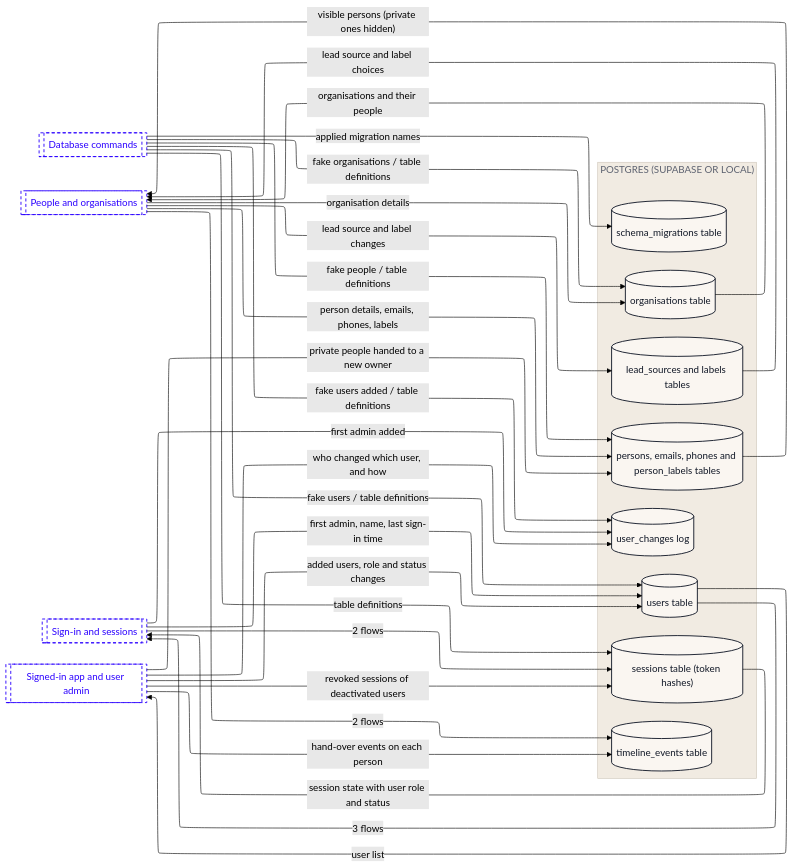
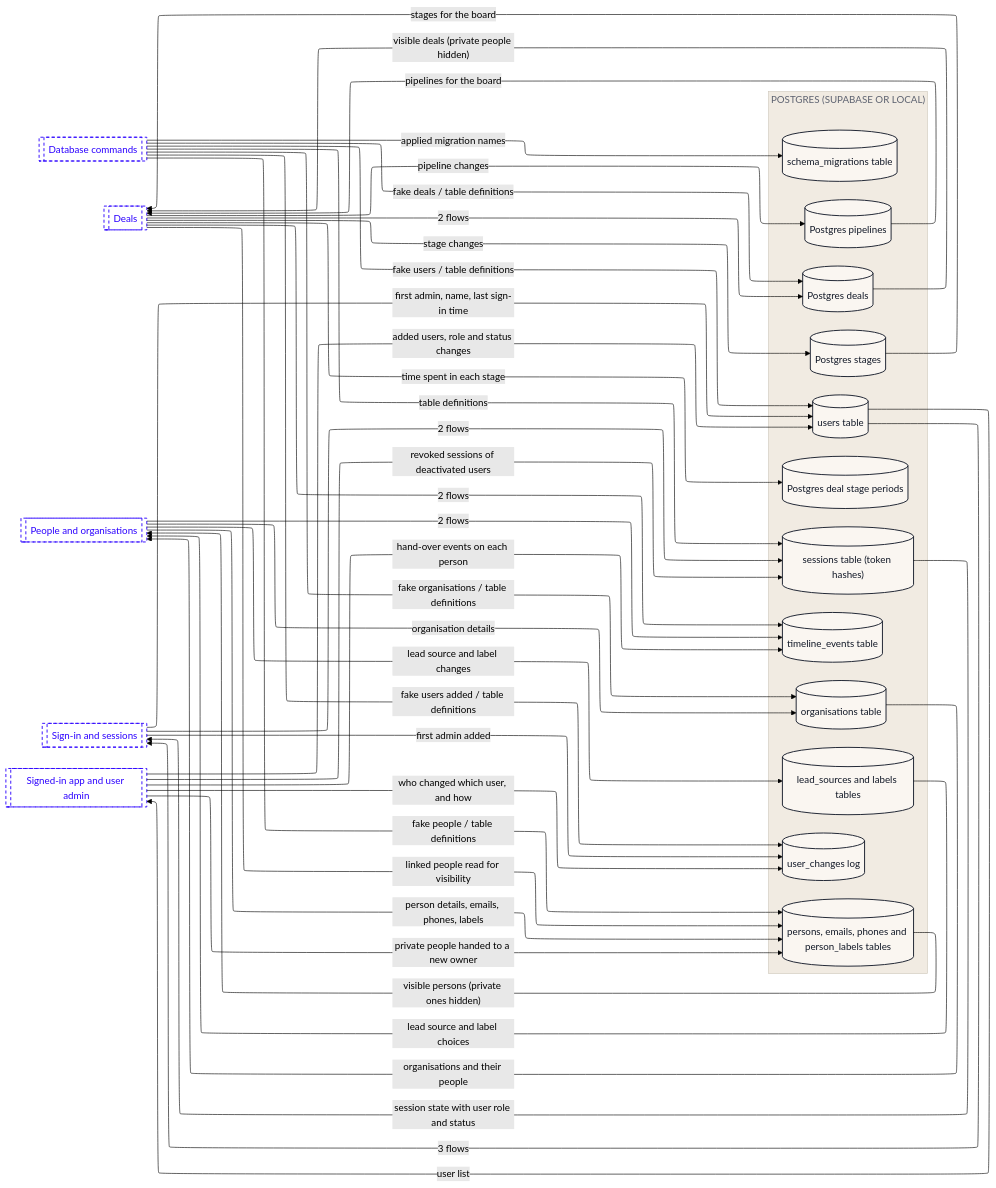
The third of 9 diagrams in dataflow/DATAFLOW.md (Romain-Perche/Barnacle-Pipe), drawn with Mermaid (forest theme) before and after one commit. The commit also changed other lines of this file and 12 other files, not shown here.

````diff
--- a/dataflow/DATAFLOW.md
+++ b/dataflow/DATAFLOW.md
@@ -128,54 +136,69 @@
 ```mermaid
 ---
 config:
   layout: elk
 ---
 flowchart LR
     subgraph z1["POSTGRES (SUPABASE OR LOCAL)"]
         n1[("lead_sources and labels tables")]
-        n2[("organisations table")]
-        n3[("persons, emails, phones and person_labels tables")]
-        n4[("schema_migrations table")]
-        n5[("sessions table (token hashes)")]
-        n6[("timeline_events table")]
-        n7[("user_changes log")]
-        n8[("users table")]
+        n2[("Postgres deal stage periods")]
+        n3[("Postgres deals")]
+        n4[("organisations table")]
+        n5[("persons, emails, phones and person_labels tables")]
+        n6[("Postgres pipelines")]
+        n7[("schema_migrations table")]
+        n8[("sessions table (token hashes)")]
+        n9[("Postgres stages")]
+        n10[("timeline_events table")]
+        n11[("user_changes log")]
+        n12[("users table")]
     end
-    n9[["Database commands"]]
-    n10[["People and organisations"]]
-    n11[["Sign-in and sessions"]]
-    n12[["Signed-in app and user admin"]]
-    n10 -->|"lead source and label changes"| n1
-    n1 -->|"lead source and label choices"| n10
-    n11 -->|"2 flows"| n5
-    n11 -->|"first admin added"| n7
-    n11 -->|"first admin, name, last sign-in time"| n8
-    n9 -->|"fake organisations / table definitions"| n2
-    n9 -->|"fake people / table definitions"| n3
-    n9 -->|"applied migration names"| n4
-    n9 -->|"table definitions"| n5
-    n9 -->|"fake users added / table definitions"| n7
-    n9 -->|"fake users / table definitions"| n8
-    n10 -->|"organisation details"| n2
-    n10 -->|"2 flows"| n6
-    n2 -->|"organisations and their people"| n10
-    n10 -->|"person details, emails, phones, labels"| n3
-    n3 -->|"visible persons (private ones hidden)"| n10
-    n5 -->|"session state with user role and status"| n11
-    n12 -->|"private people handed to a new owner"| n3
-    n12 -->|"revoked sessions of deactivated users"| n5
-    n12 -->|"hand-over events on each person"| n6
-    n12 -->|"who changed which user, and how"| n7
-    n12 -->|"added users, role and status changes"| n8
-    n8 -->|"3 flows"| n11
-    n8 -->|"user list"| n12
+    n13[["Database commands"]]
+    n14[["Deals"]]
+    n15[["People and organisations"]]
+    n16[["Sign-in and sessions"]]
+    n17[["Signed-in app and user admin"]]
+    n15 -->|"lead source and label changes"| n1
+    n1 -->|"lead source and label choices"| n15
+    n16 -->|"2 flows"| n8
+    n16 -->|"first admin added"| n11
+    n16 -->|"first admin, name, last sign-in time"| n12
+    n14 -->|"time spent in each stage"| n2
+    n14 -->|"2 flows"| n3
+    n14 -->|"linked people read for visibility"| n5
+    n14 -->|"2 flows"| n10
+    n3 -->|"visible deals (private people hidden)"| n14
+    n13 -->|"fake deals / table definitions"| n3
+    n13 -->|"fake organisations / table definitions"| n4
+    n13 -->|"fake people / table definitions"| n5
+    n13 -->|"applied migration names"| n7
+    n13 -->|"table definitions"| n8
+    n13 -->|"fake users added / table definitions"| n11
+    n13 -->|"fake users / table definitions"| n12
+    n15 -->|"organisation details"| n4
+    n15 -->|"2 flows"| n10
+    n4 -->|"organisations and their people"| n15
+    n15 -->|"person details, emails, phones, labels"| n5
+    n5 -->|"visible persons (private ones hidden)"| n15
+    n14 -->|"pipeline changes"| n6
+    n14 -->|"stage changes"| n9
+    n6 -->|"pipelines for the board"| n14
+    n8 -->|"session state with user role and status"| n16
+    n9 -->|"stages for the board"| n14
+    n17 -->|"private people handed to a new owner"| n5
+    n17 -->|"revoked sessions of deactivated users"| n8
+    n17 -->|"hand-over events on each person"| n10
+    n17 -->|"who changed which user, and how"| n11
+    n17 -->|"added users, role and status changes"| n12
+    n12 -->|"3 flows"| n16
+    n12 -->|"user list"| n17
     classDef actor fill:#FFFFFF,stroke:#111827,stroke-width:1px,color:#111827
     classDef process fill:#EDEAFF,stroke:#2B00FF,stroke-width:1.5px,color:#111827
     classDef store fill:#FAF6F1,stroke:#111827,stroke-width:1.5px,color:#111827
     classDef zone fill:#1A1A1A,stroke:#1A1A1A,color:#FFFFFF
     classDef group fill:#2B00FF,stroke:#2B00FF,color:#FFFFFF
     classDef stub fill:#FFFFFF,stroke:#2B00FF,stroke-width:1.5px,stroke-dasharray:5 4,color:#2B00FF
-    class n1,n2,n3,n4,n5,n6,n7,n8 store
-    class n9,n10,n11,n12 stub
+    class n1,n2,n3,n4,n5,n6,n7,n8,n9,n10,n11,n12 store
+    class n13,n14,n15,n16,n17 stub
     style z1 fill:#F1EBE2,stroke:#CFC7BB,color:#5D6270
 ```
````
